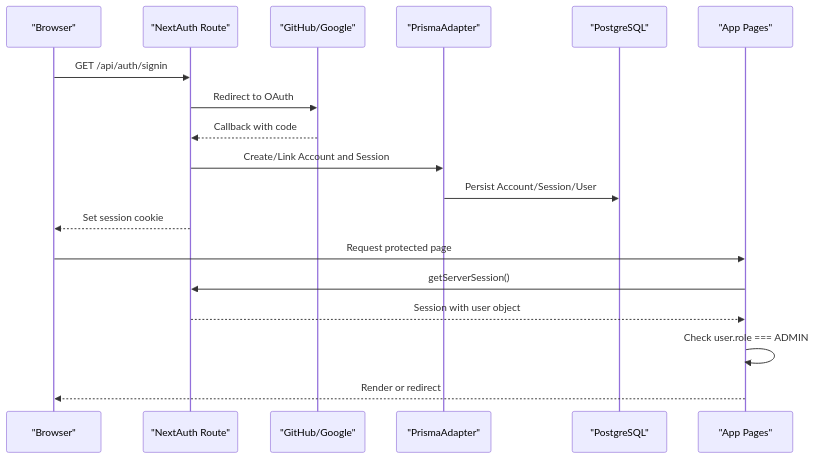
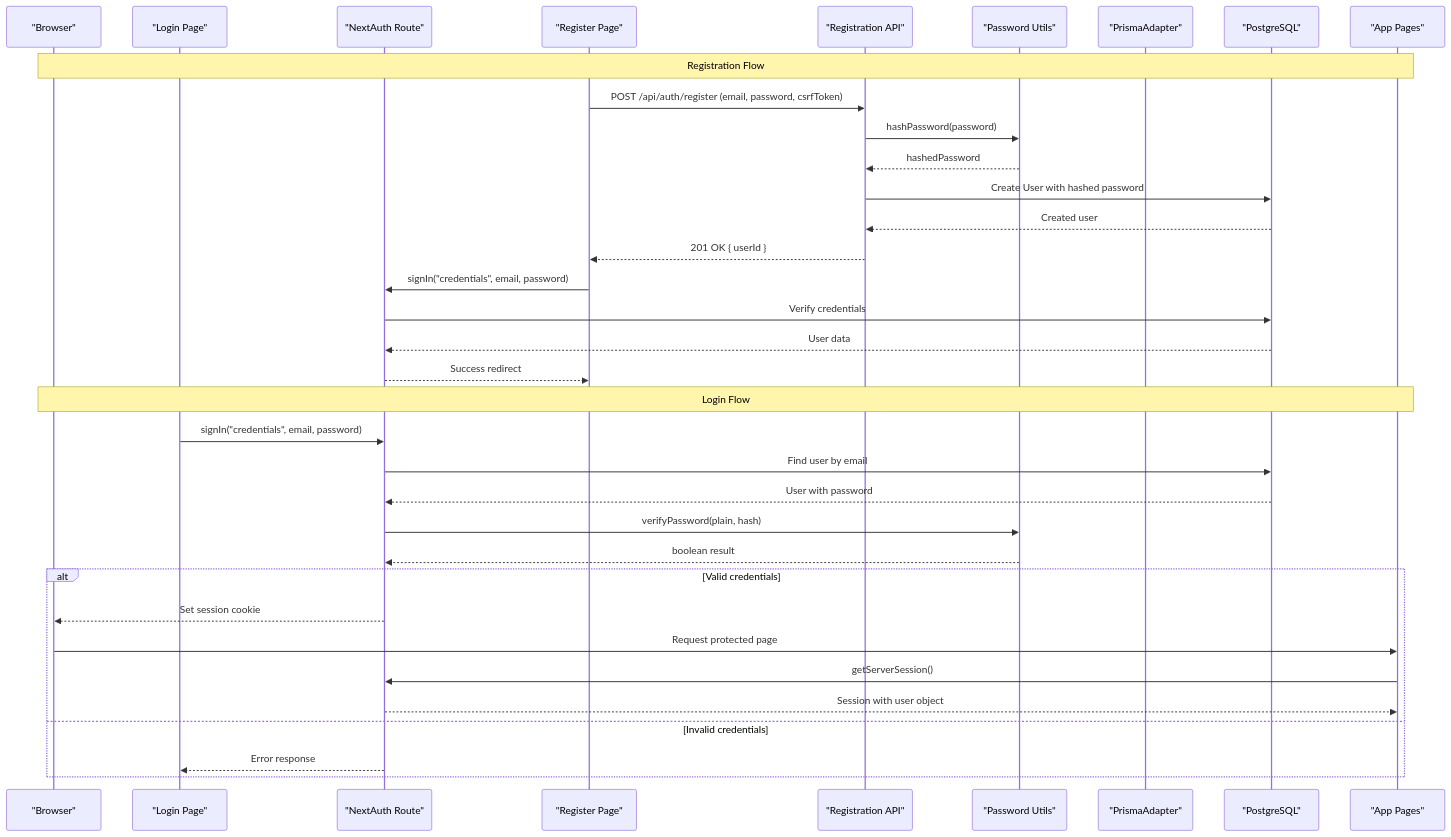
The second of 8 diagrams in .qoder/repowiki/en/content/Authentication and Authorization.md (Dezzpil/meingym), drawn with Mermaid before and after one commit. The commit also changed other lines of this file and 5 other files, not shown here.

````diff
--- a/.qoder/repowiki/en/content/Authentication and Authorization.md
+++ b/.qoder/repowiki/en/content/Authentication and Authorization.md
@@ -102,20 +117,37 @@
 ```mermaid
 sequenceDiagram
 participant Browser as "Browser"
+participant LoginPage as "Login Page"
 participant NextAuth as "NextAuth Route"
-participant Provider as "GitHub/Google"
+participant RegPage as "Register Page"
+participant RegAPI as "Registration API"
+participant PWUtils as "Password Utils"
 participant Adapter as "PrismaAdapter"
 participant DB as "PostgreSQL"
 participant App as "App Pages"
-Browser->>NextAuth : GET /api/auth/signin
-NextAuth->>Provider : Redirect to OAuth
-Provider-->>NextAuth : Callback with code
-NextAuth->>Adapter : Create/Link Account and Session
-Adapter->>DB : Persist Account/Session/User
+Note over Browser,App : Registration Flow
+RegPage->>RegAPI : POST /api/auth/register (email, password, csrfToken)
+RegAPI->>PWUtils : hashPassword(password)
+PWUtils-->>RegAPI : hashedPassword
+RegAPI->>DB : Create User with hashed password
+DB-->>RegAPI : Created user
+RegAPI-->>RegPage : 201 OK { userId }
+RegPage->>NextAuth : signIn("credentials", email, password)
+NextAuth->>DB : Verify credentials
+DB-->>NextAuth : User data
+NextAuth-->>RegPage : Success redirect
+Note over Browser,App : Login Flow
+LoginPage->>NextAuth : signIn("credentials", email, password)
+NextAuth->>DB : Find user by email
+DB-->>NextAuth : User with password
+NextAuth->>PWUtils : verifyPassword(plain, hash)
+PWUtils-->>NextAuth : boolean result
+alt Valid credentials
 NextAuth-->>Browser : Set session cookie
 Browser->>App : Request protected page
 App->>NextAuth : getServerSession()
 NextAuth-->>App : Session with user object
-App->>App : Check user.role === ADMIN
-App-->>Browser : Render or redirect
+else Invalid credentials
+NextAuth-->>LoginPage : Error response
+end
 ```
````
